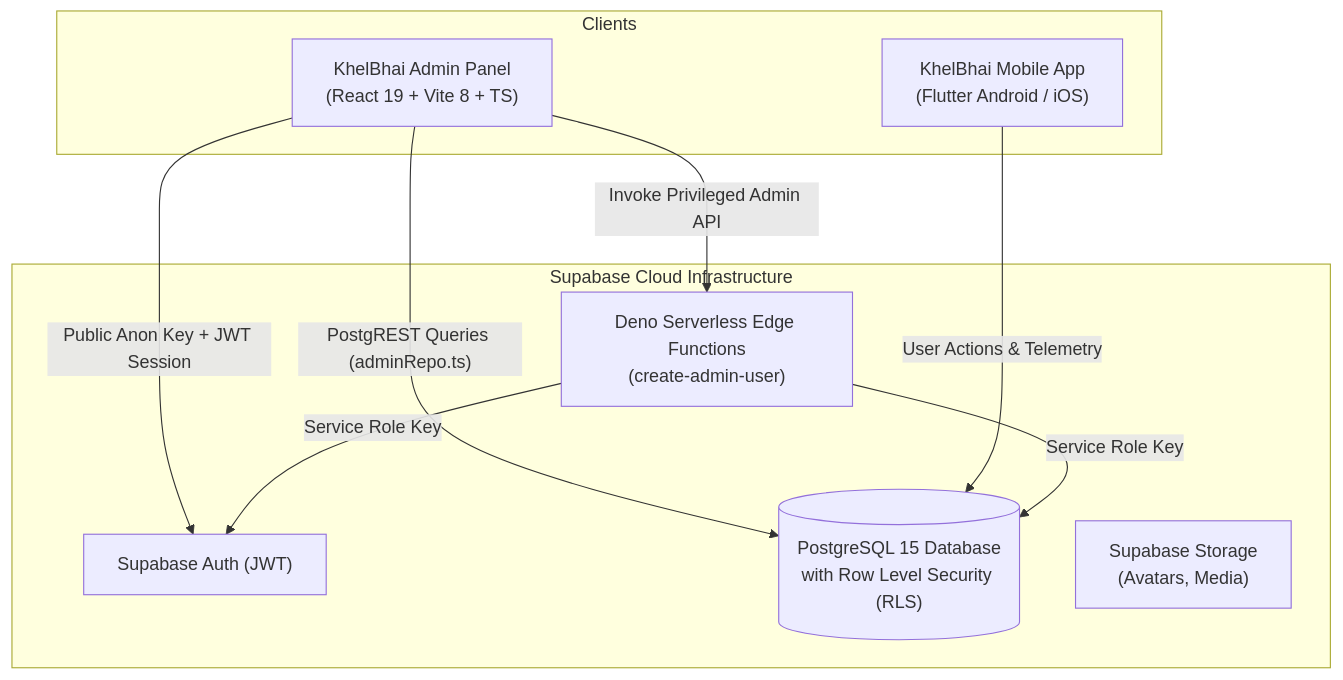
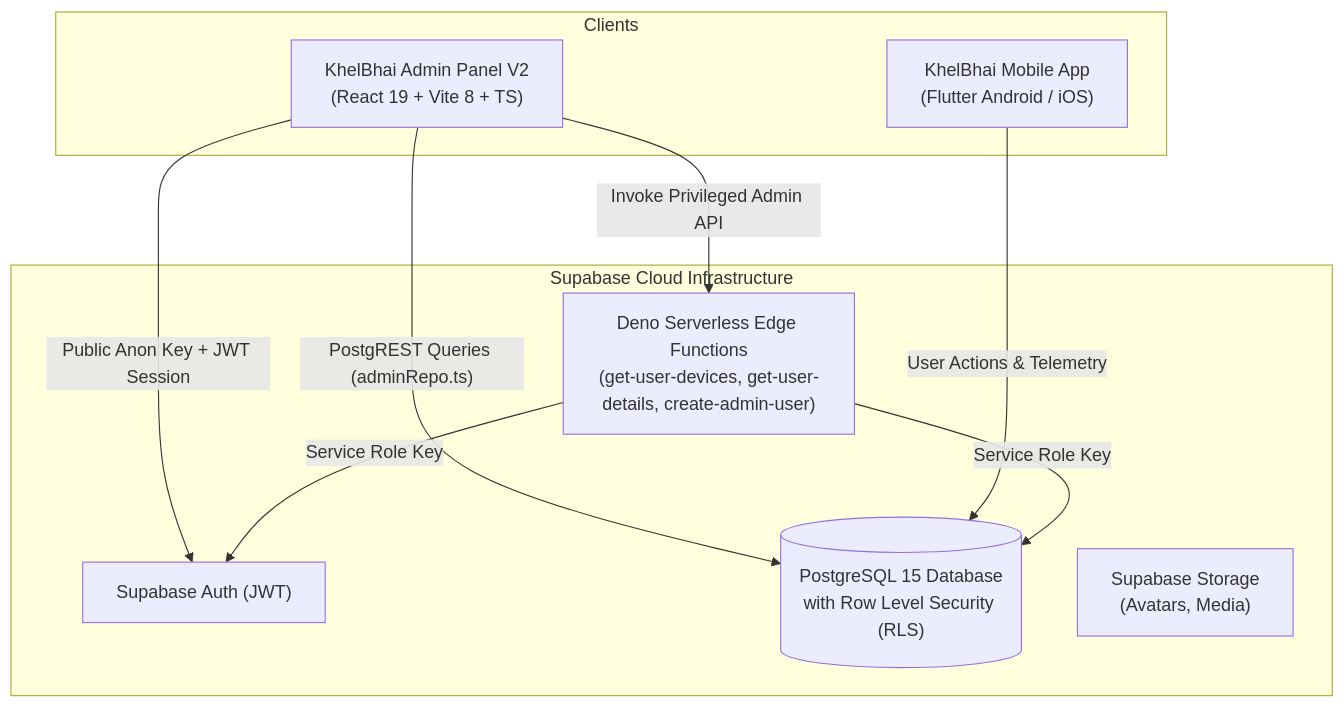
One commit to SalmanNaghori/lastspot_backend changed the diagram in README.md. Above: the diagram before and after it, drawn with Mermaid. The commit also changed other lines of this file and 4 other files, not shown here.

Commit message:
docs: update engineering documentation and agent rules for KhelBhai Admin V2

````diff
--- a/README.md
+++ b/README.md
@@ -56,21 +66,21 @@
 ```mermaid
 graph TD
     subgraph Clients["Clients"]
-        AdminWeb["KhelBhai Admin Panel<br/>(React 19 + Vite 8 + TS)"]
+        AdminWeb["KhelBhai Admin Panel V2<br/>(React 19 + Vite 8 + TS)"]
         MobileApp["KhelBhai Mobile App<br/>(Flutter Android / iOS)"]
     end
 
     subgraph Supabase["Supabase Cloud Infrastructure"]
         AuthService["Supabase Auth (JWT)"]
         PostgresDB[("PostgreSQL 15 Database<br/>with Row Level Security (RLS)")]
-        EdgeFunctions["Deno Serverless Edge Functions<br/>(create-admin-user)"]
+        EdgeFunctions["Deno Serverless Edge Functions<br/>(get-user-devices, get-user-details, create-admin-user)"]
         Storage["Supabase Storage<br/>(Avatars, Media)"]
     end
 
     AdminWeb -->|"Public Anon Key + JWT Session"| AuthService
     AdminWeb -->|"PostgREST Queries (adminRepo.ts)"| PostgresDB
     AdminWeb -->|"Invoke Privileged Admin API"| EdgeFunctions
     MobileApp -->|"User Actions & Telemetry"| PostgresDB
     EdgeFunctions -->|"Service Role Key"| PostgresDB
     EdgeFunctions -->|"Service Role Key"| AuthService
 ```
````
